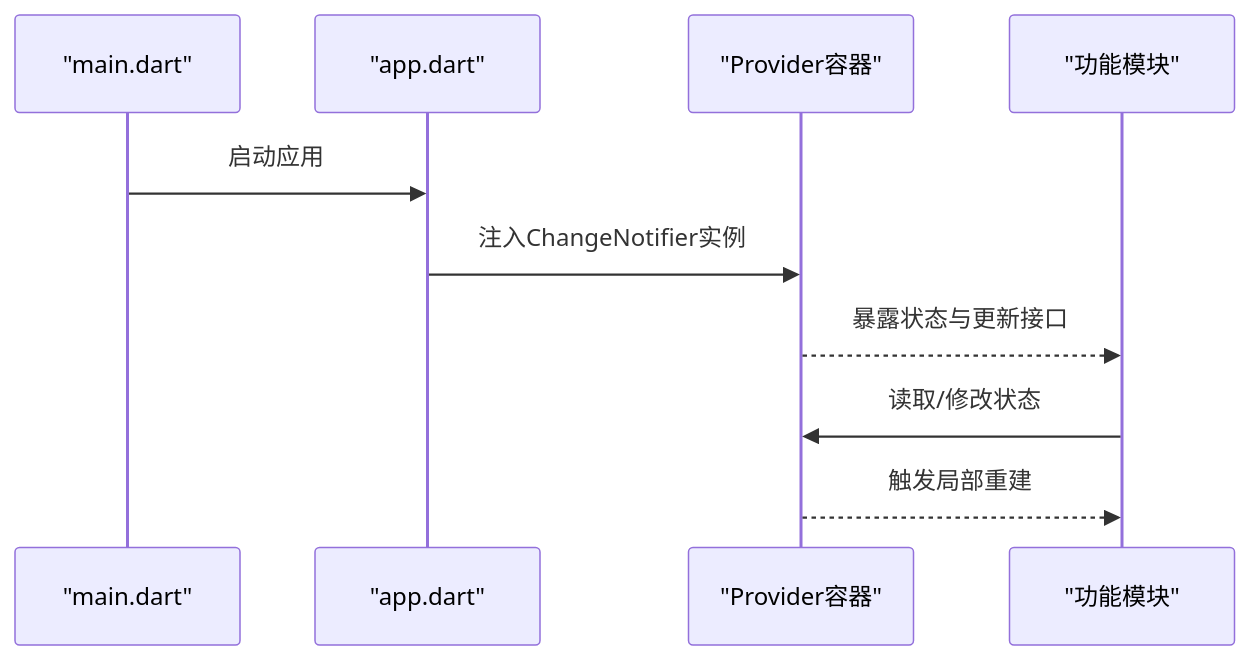
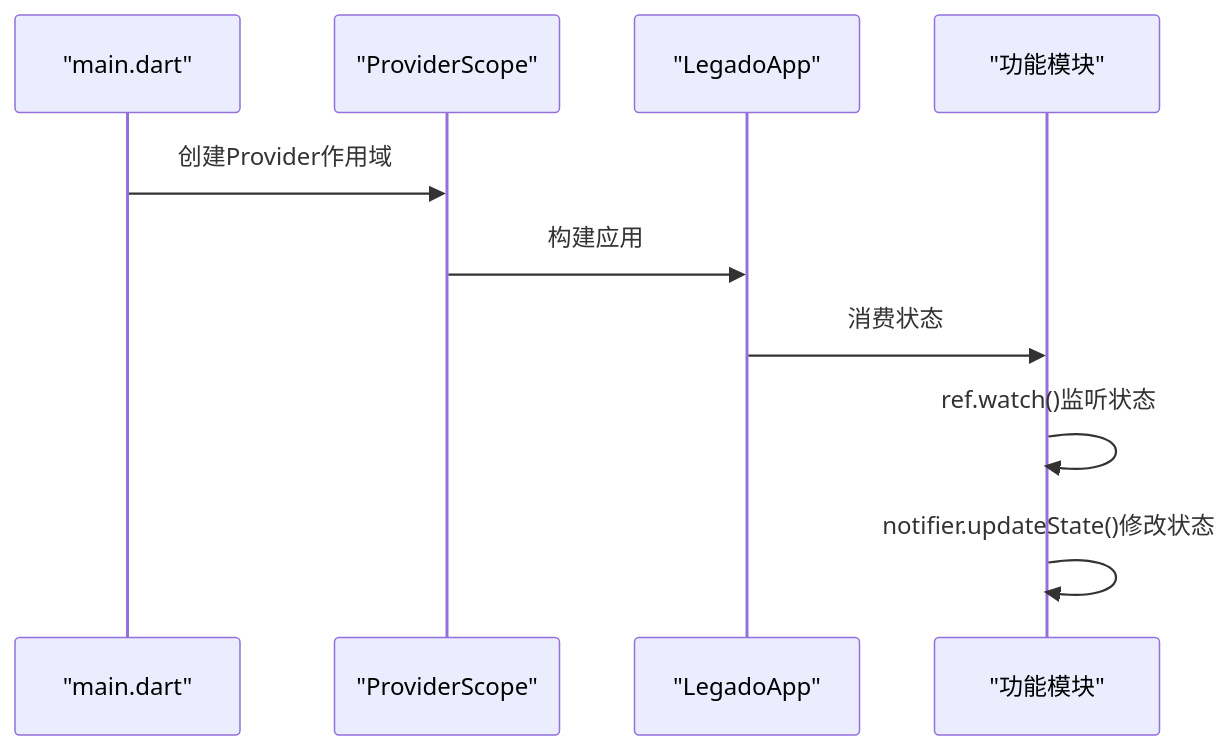
Before and after one commit to ZhangGHGitHub/LegadoTeamFlutter: the fifth of 8 diagrams in .qoder/repowiki/zh/content/Flutter跨平台应用/状态管理/Provider基础概念.md, drawn with Mermaid. The commit also changed other lines of this file and 173 other files, not shown here.

````diff
--- a/.qoder/repowiki/zh/content/Flutter跨平台应用/状态管理/Provider基础概念.md
+++ b/.qoder/repowiki/zh/content/Flutter跨平台应用/状态管理/Provider基础概念.md
@@ -176,12 +214,12 @@
 ```mermaid
 sequenceDiagram
 participant Main as "main.dart"
-participant App as "app.dart"
-participant Providers as "Provider容器"
+participant Scope as "ProviderScope"
+participant App as "LegadoApp"
 participant Feature as "功能模块"
-Main->>App : 启动应用
-App->>Providers : 注入ChangeNotifier实例
-Providers-->>Feature : 暴露状态与更新接口
-Feature->>Providers : 读取/修改状态
-Providers-->>Feature : 触发局部重建
+Main->>Scope : 创建Provider作用域
+Scope->>App : 构建应用
+App->>Feature : 消费状态
+Feature->>Feature : ref.watch()监听状态
+Feature->>Feature : notifier.updateState()修改状态
 ```
````
